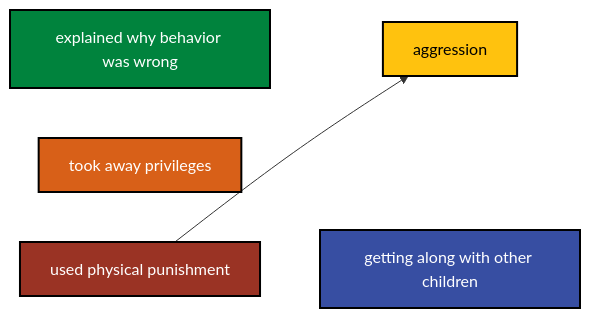
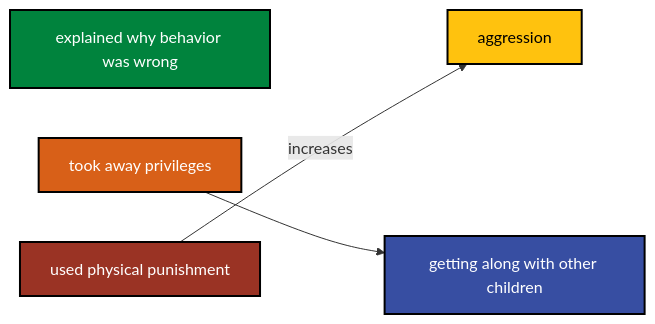
One commit to agrogan1/closeread changed the second of 2 diagrams in global-perspectives/diagram.md. Above: the diagram before and after it, drawn with Mermaid.

````diff
--- a/global-perspectives/diagram.md
+++ b/global-perspectives/diagram.md
@@ -33,31 +33,31 @@
   ```mermaid
 flowchart LR
 
   classDef yellow fill:#FFC20E,stroke:#000000,stroke-width:2px,color:#000000;
   
   classDef blue fill:#374EA2,stroke:#000000,stroke-width:2px,color:#FFFFFF;
   
   classDef green fill:#00833D,stroke:#000000,stroke-width:2px,color:#FFFFFF;
   
   classDef orange fill:#D86018,stroke:#000000,stroke-width:2px,color:#FFFFFF;
   
   classDef red fill:#9A3324,stroke:#000000,stroke-width:2px,color:#FFFFFF;
 
   explained[explained why behavior was wrong]:::green
 
   privileges[took away privileges]:::orange
   
   CP[used physical punishment]:::red
 
   aggression:::yellow
 
   gettingalong[getting along with other children]:::blue
 
   explained ~~~ aggression
   privileges ~~~ aggression
-  CP --> aggression
+  CP -->|increases| aggression
   explained ~~~ gettingalong
-  privileges ~~~ gettingalong
+  privileges --> gettingalong
   CP ~~~ gettingalong
   
 ```
````
